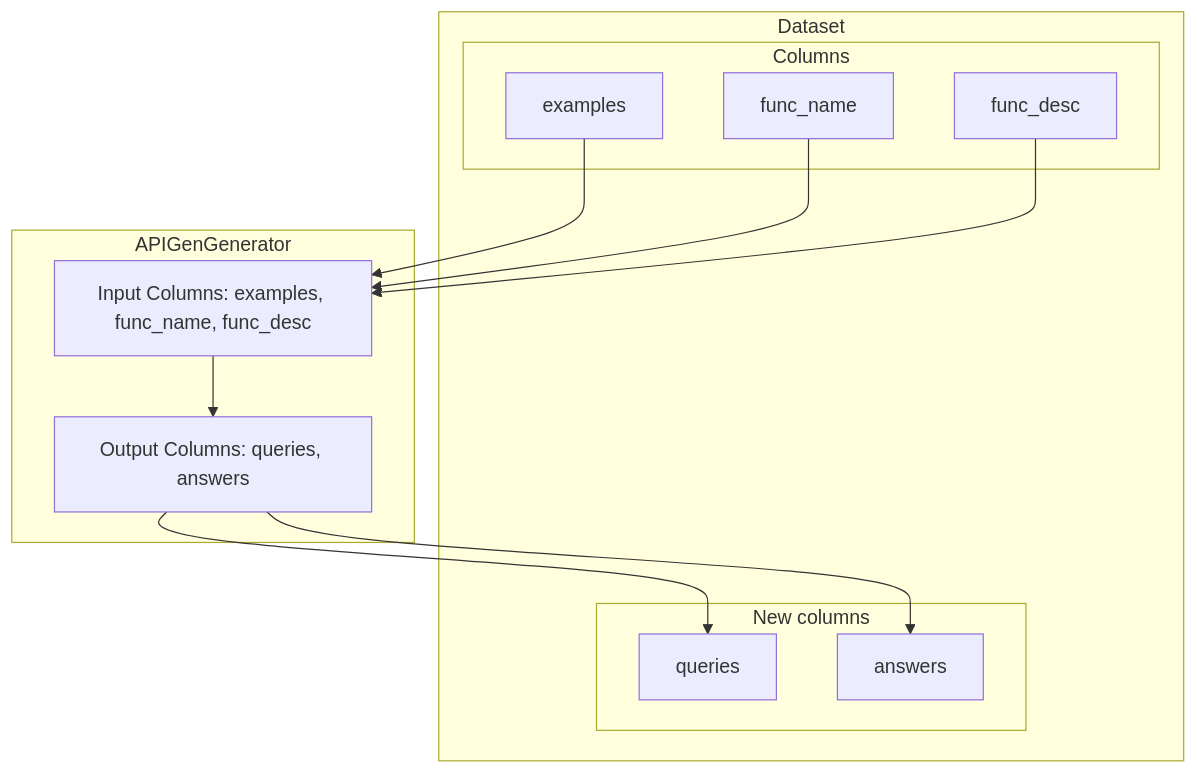
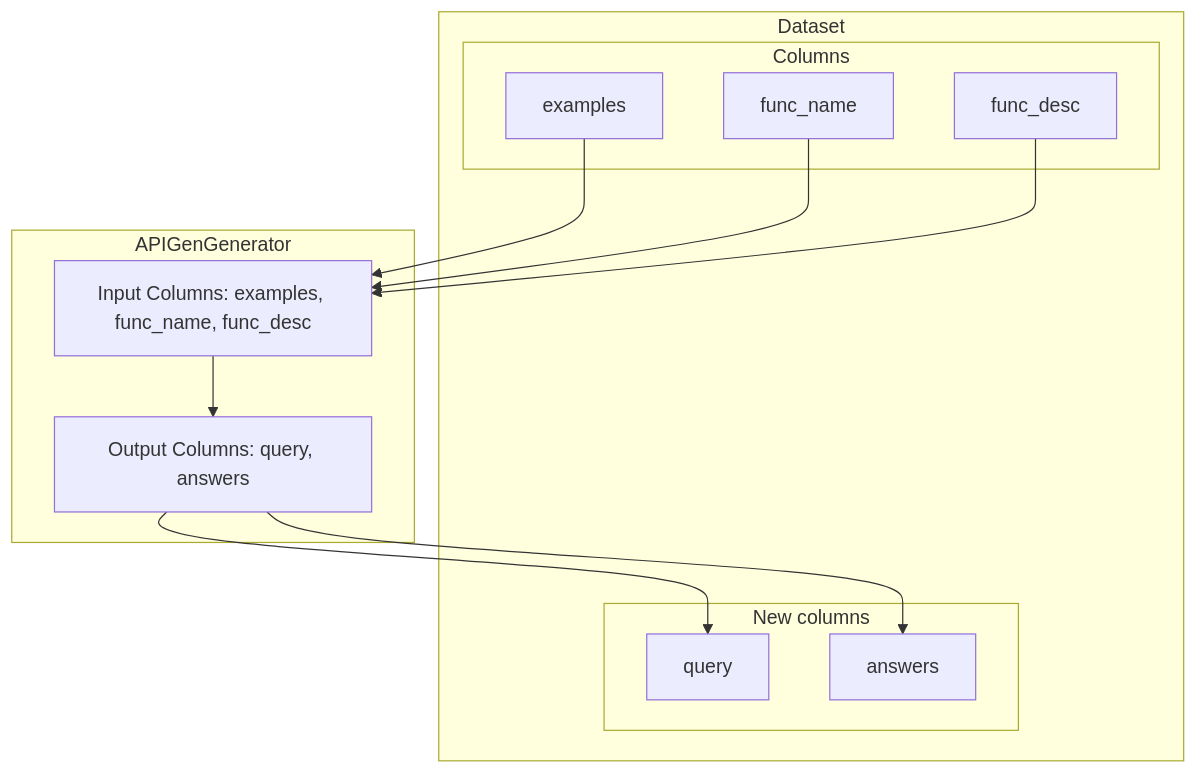
Before and after one commit to argilla-io/distilabel: the diagram in pr-925/components-gallery/tasks/apigengenerator.md, drawn with Mermaid. The commit also changed other lines of this file and 187 other files, not shown here.

````diff
--- a/pr-925/components-gallery/tasks/apigengenerator.md
+++ b/pr-925/components-gallery/tasks/apigengenerator.md
@@ -24,27 +24,27 @@
 ``` mermaid
 graph TD
 	subgraph Dataset
 		subgraph Columns
 			ICOL0[examples]
 			ICOL1[func_name]
 			ICOL2[func_desc]
 		end
 		subgraph New columns
-			OCOL0[queries]
+			OCOL0[query]
 			OCOL1[answers]
 		end
 	end
 
 	subgraph APIGenGenerator
 		StepInput[Input Columns: examples, func_name, func_desc]
-		StepOutput[Output Columns: queries, answers]
+		StepOutput[Output Columns: query, answers]
 	end
 
 	ICOL0 --> StepInput
 	ICOL1 --> StepInput
 	ICOL2 --> StepInput
 	StepOutput --> OCOL0
 	StepOutput --> OCOL1
 	StepInput --> StepOutput
 
 ```
````
